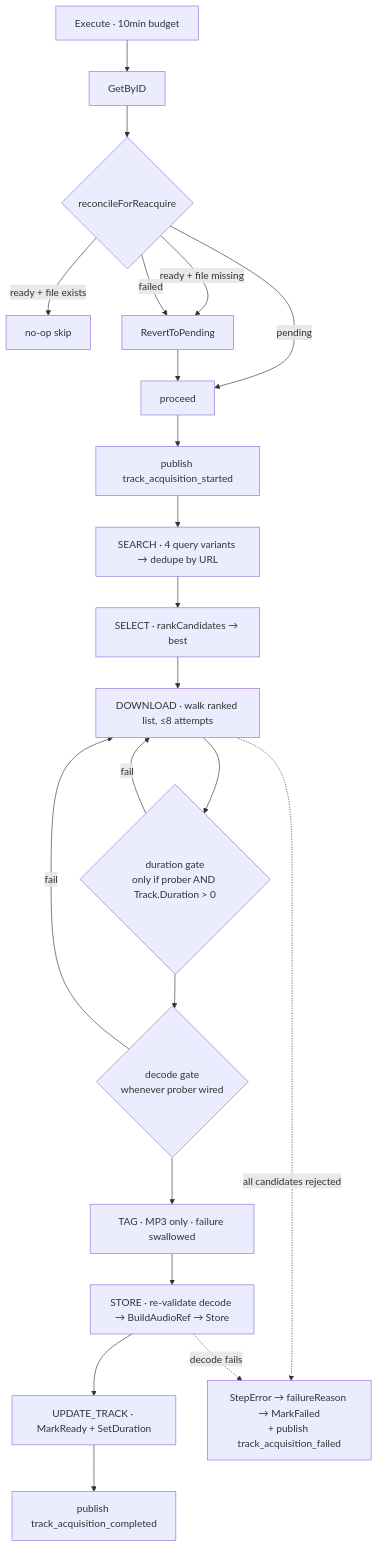
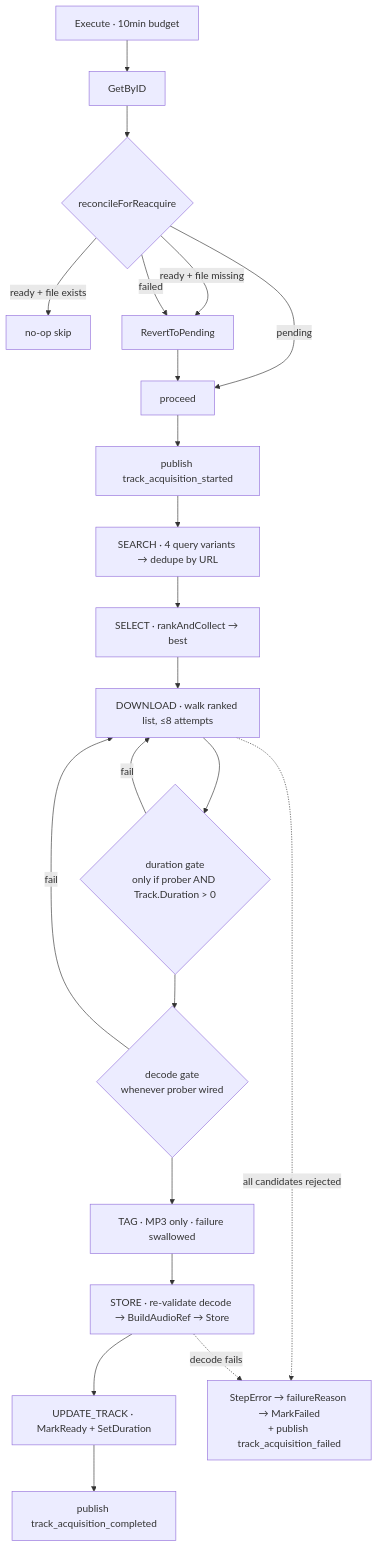
Before and after one commit to aleburrascano/altune: the second of 3 diagrams in services/go-api/internal/acquisition/ARCHITECTURE.md, drawn with Mermaid. The commit also changed other lines of this file and 5 other files, not shown here.

````diff
--- a/services/go-api/internal/acquisition/ARCHITECTURE.md
+++ b/services/go-api/internal/acquisition/ARCHITECTURE.md
@@ -213,25 +213,25 @@
 ```mermaid
 flowchart TD
     EX["Execute · 10min budget"] --> GET["GetByID"]
     GET --> REC{"reconcileForReacquire"}
     REC -->|"ready + file exists"| SKIP["no-op skip"]
     REC -->|"ready + file missing"| REV["RevertToPending"]
     REC -->|"failed"| REV
     REC -->|"pending"| GO["proceed"]
     REV --> GO
     GO --> EVS["publish track_acquisition_started"]
     EVS --> S1["SEARCH · 4 query variants → dedupe by URL"]
-    S1 --> S2["SELECT · rankCandidates → best"]
+    S1 --> S2["SELECT · rankAndCollect → best"]
     S2 --> S3["DOWNLOAD · walk ranked list, ≤8 attempts"]
     S3 --> G1{"duration gate<br/>only if prober AND Track.Duration > 0"}
     G1 -->|fail| S3
     G1 --> G2{"decode gate<br/>whenever prober wired"}
     G2 -->|fail| S3
     G2 --> S4["TAG · MP3 only · failure swallowed"]
     S4 --> S5["STORE · re-validate decode → BuildAudioRef → Store"]
     S5 --> S6["UPDATE_TRACK · MarkReady + SetDuration"]
     S6 --> OK["publish track_acquisition_completed"]
     S3 -.->|"all candidates rejected"| ERR
     S5 -.->|"decode fails"| ERR
     ERR["StepError → failureReason → MarkFailed<br/>+ publish track_acquisition_failed"]
 ```
````
